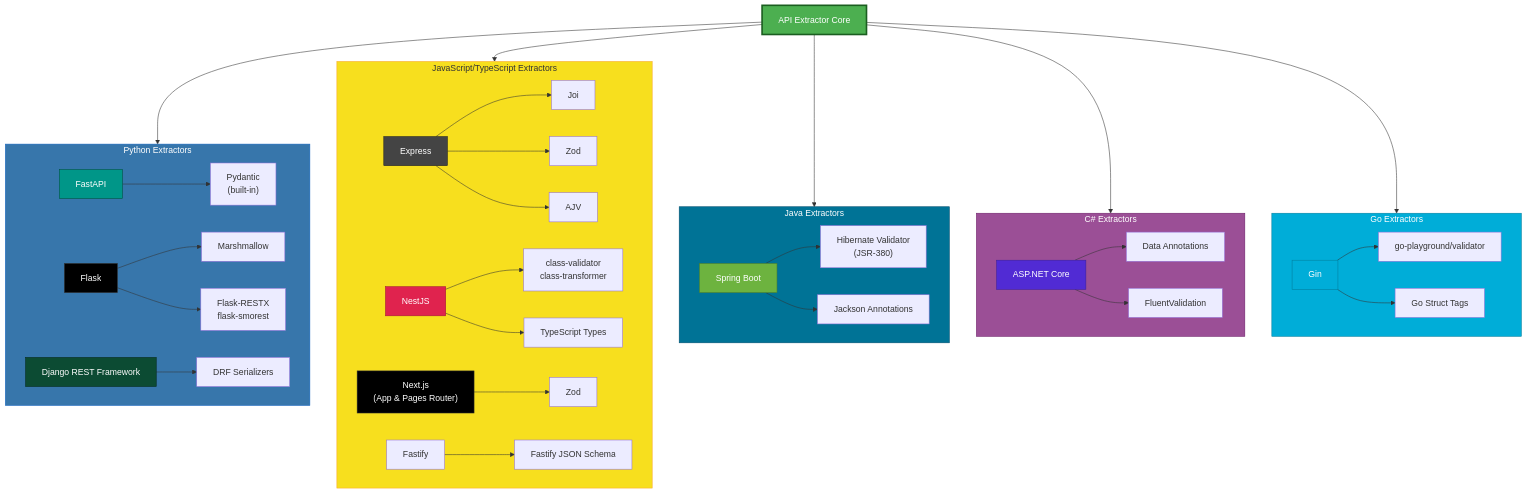
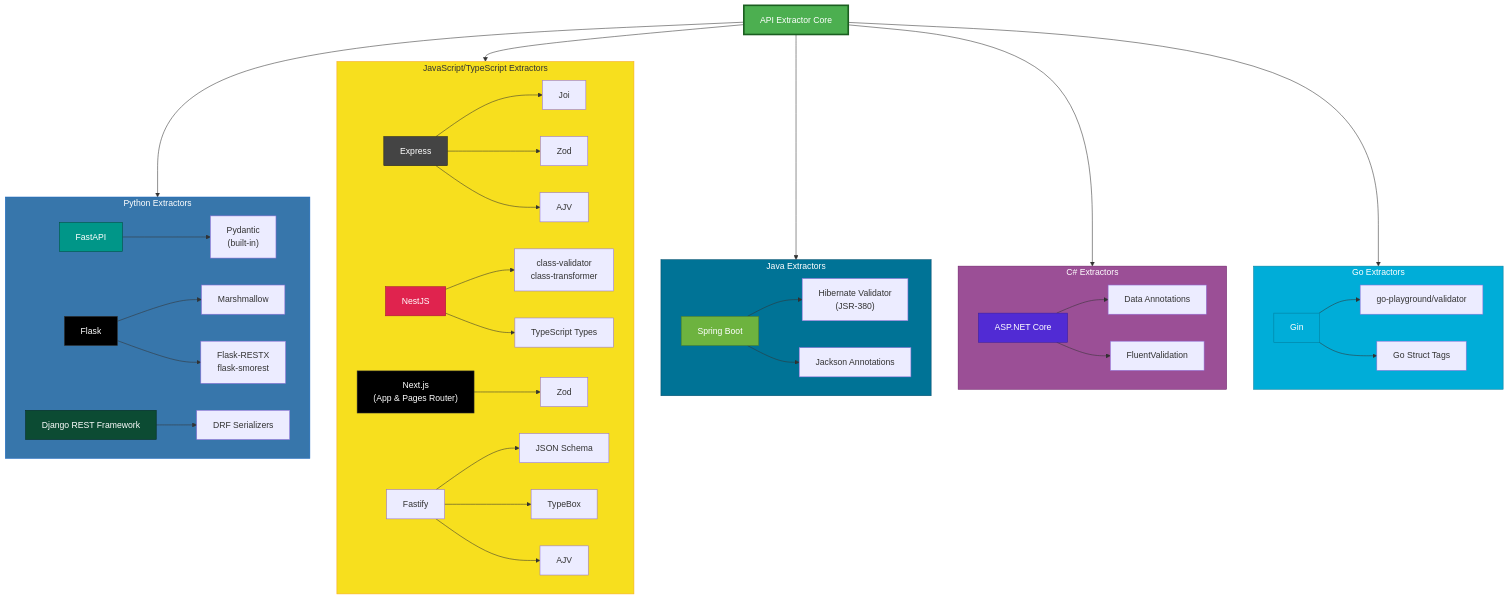
The diagram in README.md (Secful/api_extractor), drawn with Mermaid before and after one commit. The commit also changed 4 other files, not shown here.

First line of the commit message:
Add Fastify .route() pattern support for TypeBox integration

````diff
--- a/README.md
+++ b/README.md
@@ -196,74 +196,76 @@
 ```mermaid
 graph TB
     root["API Extractor Core"]
 
     subgraph python["Python Extractors"]
         fastapi["FastAPI"]
         flask["Flask"]
         django["Django REST Framework"]
 
         fastapi --> pydantic["Pydantic<br/>(built-in)"]
         flask --> marshmallow["Marshmallow"]
         flask --> flask_smorest["Flask-RESTX<br/>flask-smorest"]
         django --> drf_serializers["DRF Serializers"]
     end
 
     subgraph javascript["JavaScript/TypeScript Extractors"]
         express["Express"]
         nestjs["NestJS"]
         fastify_js["Fastify"]
         nextjs["Next.js<br/>(App & Pages Router)"]
 
         express --> joi["Joi"]
         express --> zod["Zod"]
         express --> ajv["AJV"]
         nestjs --> class_validator["class-validator<br/>class-transformer"]
         nestjs --> ts_types["TypeScript Types"]
         nextjs --> nextjs_zod["Zod"]
-        fastify_js --> fastify_schema["Fastify JSON Schema"]
+        fastify_js --> fastify_schema["JSON Schema"]
+        fastify_js --> typebox["TypeBox"]
+        fastify_js --> fastify_ajv["AJV"]
     end
 
     subgraph java["Java Extractors"]
         spring["Spring Boot"]
 
         spring --> hibernate["Hibernate Validator<br/>(JSR-380)"]
         spring --> jackson["Jackson Annotations"]
     end
 
     subgraph csharp["C# Extractors"]
         aspnet["ASP.NET Core"]
 
         aspnet --> data_annotations["Data Annotations"]
         aspnet --> fluent["FluentValidation"]
     end
 
     subgraph golang["Go Extractors"]
         gin["Gin"]
 
         gin --> go_validator["go-playground/validator"]
         gin --> go_structs["Go Struct Tags"]
     end
 
     root --> python
     root --> javascript
     root --> java
     root --> csharp
     root --> golang
 
     style root fill:#4caf50,stroke:#1b5e20,color:#fff,stroke-width:3px
     style python fill:#3776ab,stroke:#1565c0,color:#fff
     style javascript fill:#f7df1e,stroke:#f9a825
     style java fill:#007396,stroke:#004d6d,color:#fff
     style csharp fill:#9b4f96,stroke:#6a1b66,color:#fff
     style golang fill:#00add8,stroke:#007d9c,color:#fff
 
     style fastapi fill:#009688,stroke:#004d40,color:#fff
     style flask fill:#000,stroke:#333,color:#fff
     style django fill:#0c4b33,stroke:#062a1e,color:#fff
     style express fill:#444,stroke:#222,color:#fff
     style nestjs fill:#e0234e,stroke:#a01832,color:#fff
     style nextjs fill:#000,stroke:#333,color:#fff
     style spring fill:#6db33f,stroke:#4a7c2c,color:#fff
     style aspnet fill:#512bd4,stroke:#3a1f9c,color:#fff
     style gin fill:#00add8,stroke:#007d9c,color:#fff
 ```
````
